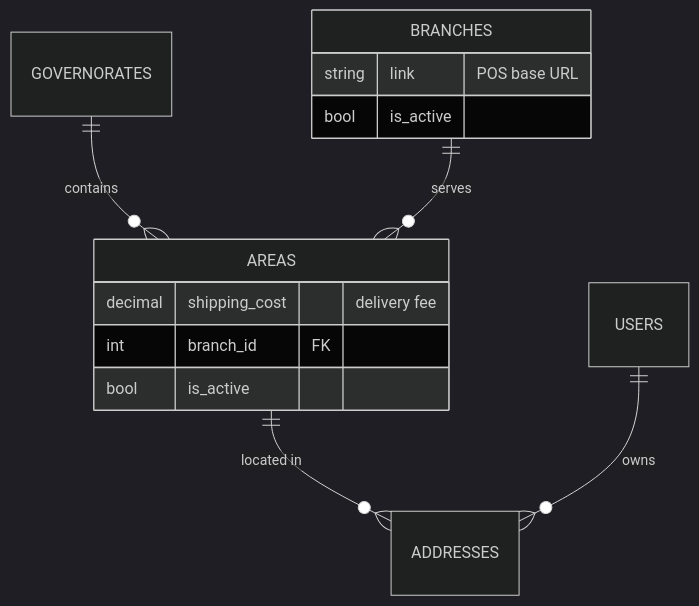
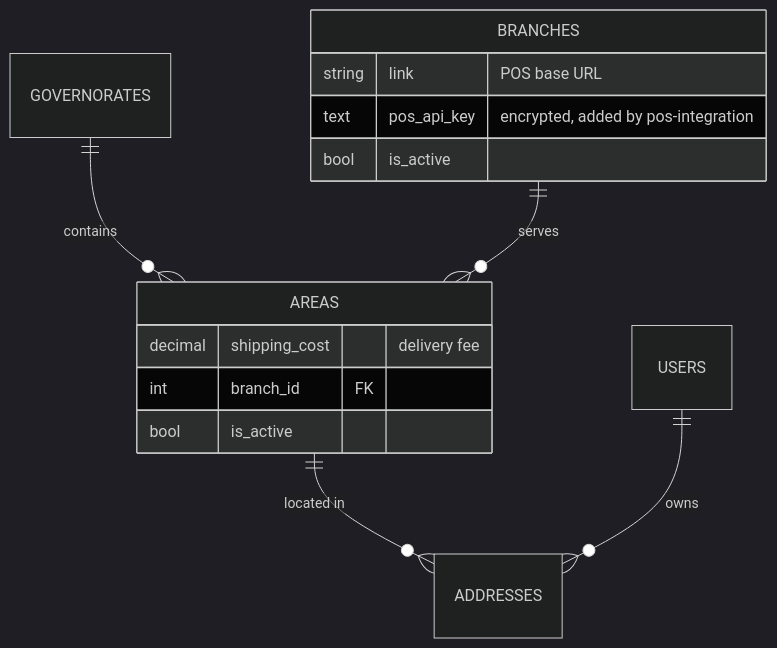
Before and after one commit to habibGamal/turbo_tenant: the third of 6 diagrams in docs/data-model.md, drawn with Mermaid (dark theme). The commit also changed 18 other files, not shown here.

First line of the commit message:
POS integration: send X-Api-Key to the branch and master POS

````diff
--- a/docs/data-model.md
+++ b/docs/data-model.md
@@ -100,16 +100,17 @@
 ```mermaid
 erDiagram
   GOVERNORATES ||--o{ AREAS : contains
   BRANCHES ||--o{ AREAS : serves
   AREAS ||--o{ ADDRESSES : "located in"
   USERS ||--o{ ADDRESSES : owns
   AREAS {
     decimal shipping_cost "delivery fee"
     int branch_id FK
     bool is_active
   }
   BRANCHES {
     string link "POS base URL"
+    text pos_api_key "encrypted, added by pos-integration"
     bool is_active
   }
 ```
````
